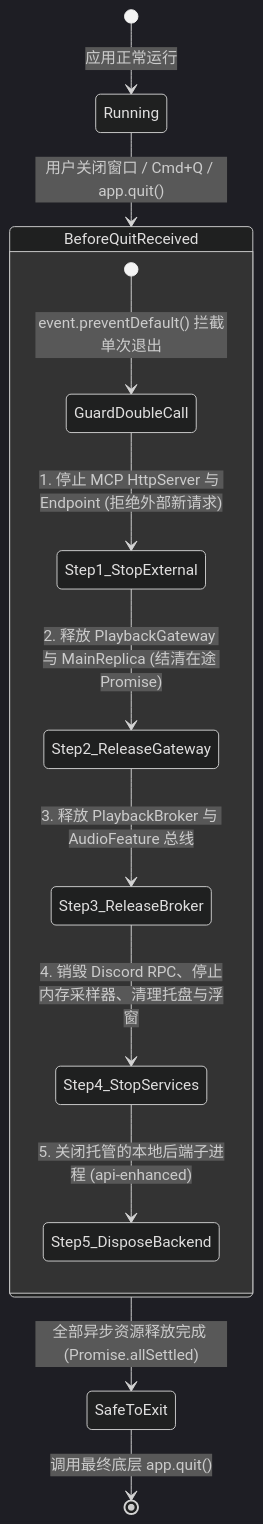
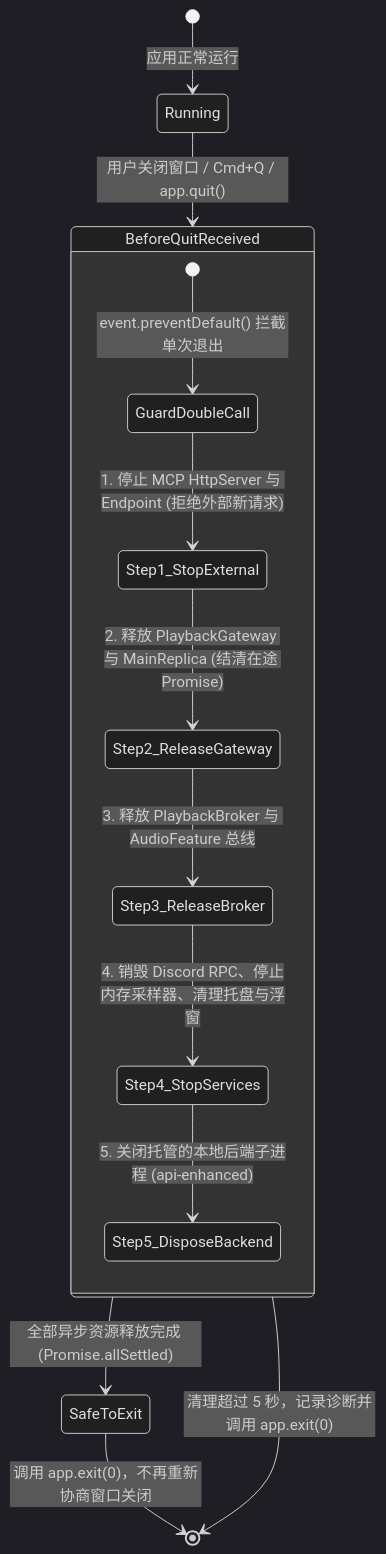
Before and after one commit to MT-SUPER-POWER/Scopify: the eighth of 8 diagrams in repo/frontend/apps/desktop/docs/architecture.md, drawn with Mermaid (dark theme). The commit also changed 4 other files, not shown here.

````diff
--- a/repo/frontend/apps/desktop/docs/architecture.md
+++ b/repo/frontend/apps/desktop/docs/architecture.md
@@ -418,17 +418,18 @@
 ```mermaid
 stateDiagram-v2
     [*] --> Running : 应用正常运行
     Running --> BeforeQuitReceived : 用户关闭窗口 / Cmd+Q / app.quit()
 
     state BeforeQuitReceived {
         [*] --> GuardDoubleCall : event.preventDefault() 拦截单次退出
         GuardDoubleCall --> Step1_StopExternal : 1. 停止 MCP HttpServer 与 Endpoint (拒绝外部新请求)
         Step1_StopExternal --> Step2_ReleaseGateway : 2. 释放 PlaybackGateway 与 MainReplica (结清在途 Promise)
         Step2_ReleaseGateway --> Step3_ReleaseBroker : 3. 释放 PlaybackBroker 与 AudioFeature 总线
         Step3_ReleaseBroker --> Step4_StopServices : 4. 销毁 Discord RPC、停止内存采样器、清理托盘与浮窗
         Step4_StopServices --> Step5_DisposeBackend : 5. 关闭托管的本地后端子进程 (api-enhanced)
     }
 
     BeforeQuitReceived --> SafeToExit : 全部异步资源释放完成 (Promise.allSettled)
-    SafeToExit --> [*] : 调用最终底层 app.quit()
+    SafeToExit --> [*] : 调用 app.exit(0)，不再重新协商窗口关闭
+    BeforeQuitReceived --> [*] : 清理超过 5 秒，记录诊断并调用 app.exit(0)
 ```
````
